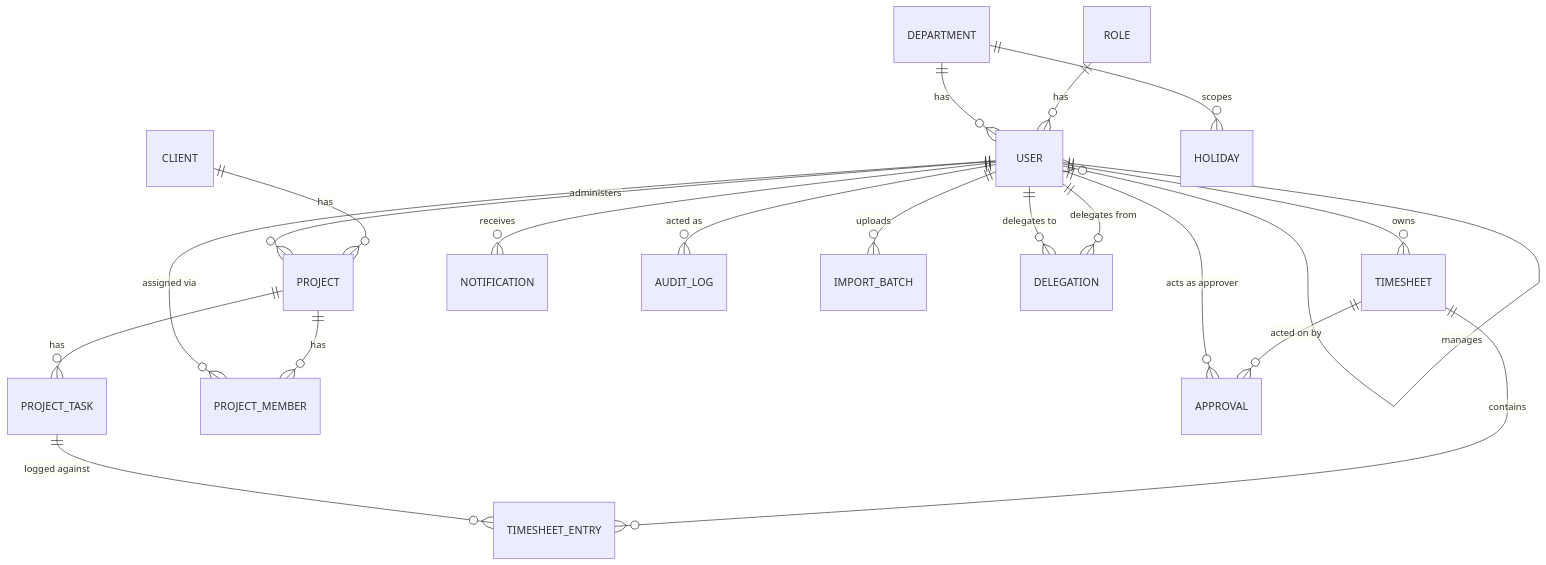
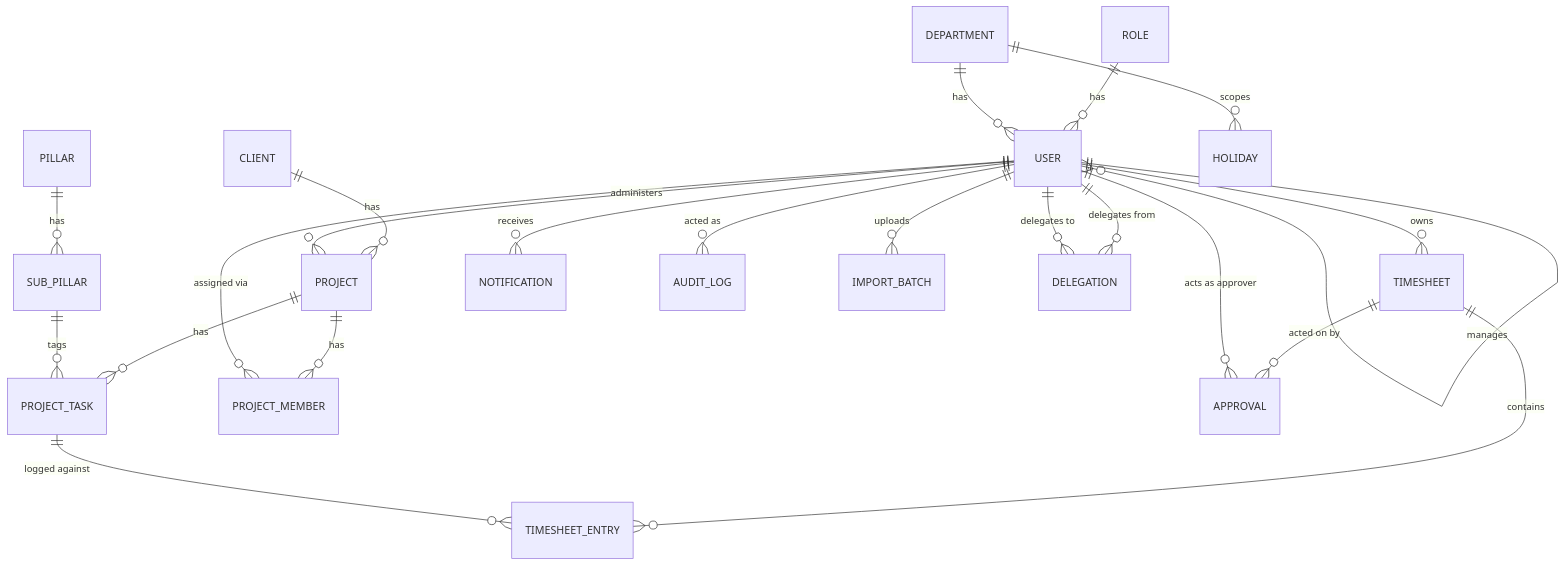
Before and after one commit to yuvarajchandrasekaran-beep/vEdge-timsheet: the diagram in SCHEMA_REFERENCE.md, drawn with Mermaid. The commit also changed other lines of this file and 21 other files, not shown here.

````diff
--- a/SCHEMA_REFERENCE.md
+++ b/SCHEMA_REFERENCE.md
@@ -20,22 +20,24 @@
 ```mermaid
 erDiagram
     ROLE ||--o{ USER : has
     DEPARTMENT ||--o{ USER : has
     USER ||--o{ USER : manages
     CLIENT ||--o{ PROJECT : has
     PROJECT ||--o{ PROJECT_TASK : has
+    PILLAR ||--o{ SUB_PILLAR : has
+    SUB_PILLAR ||--o{ PROJECT_TASK : tags
     PROJECT ||--o{ PROJECT_MEMBER : has
     USER ||--o{ PROJECT_MEMBER : "assigned via"
     USER ||--o{ PROJECT : "administers"
     USER ||--o{ TIMESHEET : owns
     TIMESHEET ||--o{ TIMESHEET_ENTRY : contains
     PROJECT_TASK ||--o{ TIMESHEET_ENTRY : "logged against"
     TIMESHEET ||--o{ APPROVAL : "acted on by"
     USER ||--o{ APPROVAL : "acts as approver"
     USER ||--o{ NOTIFICATION : receives
     USER ||--o{ AUDIT_LOG : "acted as"
     USER ||--o{ IMPORT_BATCH : uploads
     USER ||--o{ DELEGATION : "delegates from"
     USER ||--o{ DELEGATION : "delegates to"
     DEPARTMENT ||--o{ HOLIDAY : scopes
 ```
````
